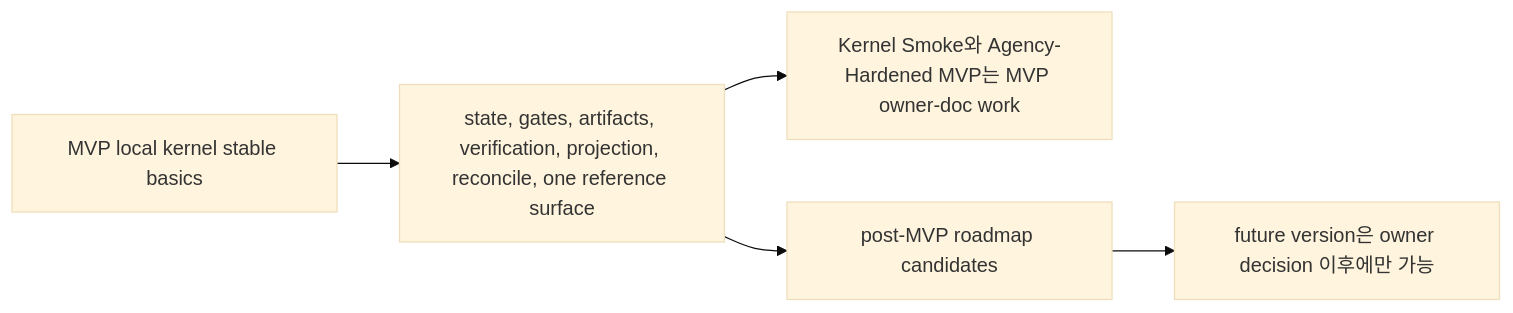
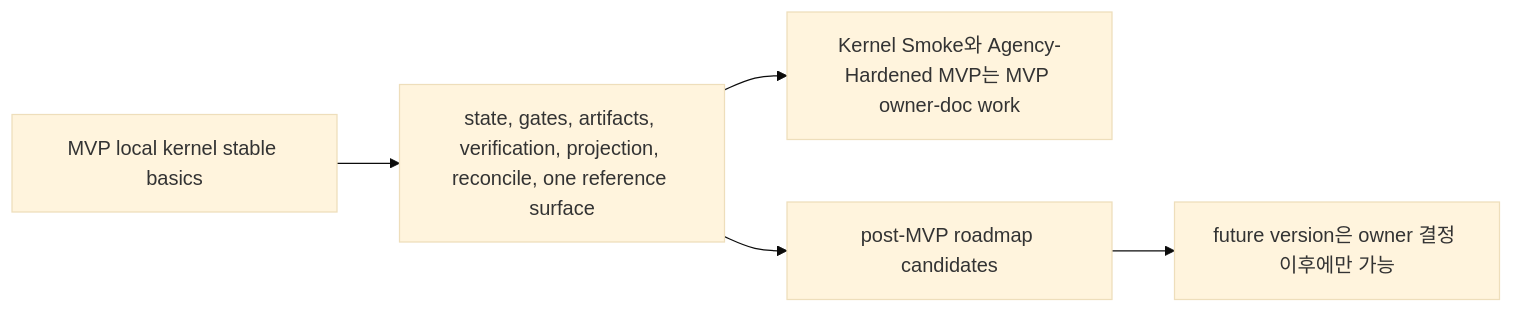
The first of 5 diagrams in docs/ko/roadmap.md (minjungw00/Harness_Project), drawn with Mermaid (base theme) before and after one commit. The commit also changed other lines of this file and 21 other files, not shown here.

````diff
--- a/docs/ko/roadmap.md
+++ b/docs/ko/roadmap.md
@@ -19,7 +19,7 @@
 ```mermaid
 flowchart LR
   MVP["MVP local kernel stable basics"] --> Basics["state, gates, artifacts, verification, projection, reconcile, one reference surface"]
   Basics --> Stable["Kernel Smoke와 Agency-Hardened MVP는 MVP owner-doc work"]
   Basics --> Later["post-MVP roadmap candidates"]
-  Later --> Promote["future version은 owner decision 이후에만 가능"]
+  Later --> Promote["future version은 owner 결정 이후에만 가능"]
 ```
````
